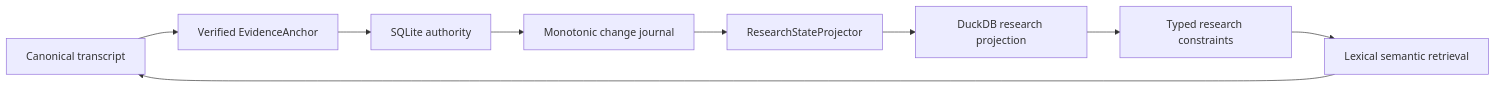
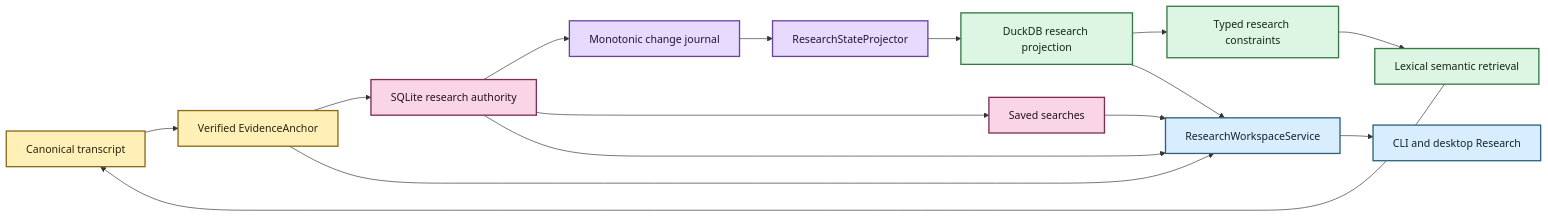
The diagram in docs/architecture/research-state.md (SSD1805/EchoFlow), drawn with Mermaid before and after one commit. The commit also changed other lines of this file, not shown here.

Commit message:
docs: refresh research-state architecture for desktop authority

````diff
--- a/docs/architecture/research-state.md
+++ b/docs/architecture/research-state.md
@@ -17,11 +22,29 @@
 ```mermaid
 flowchart LR
     A[Canonical transcript] --> B[Verified EvidenceAnchor]
-    B --> C[SQLite authority]
+    B --> C[SQLite research authority]
     C --> D[Monotonic change journal]
     D --> E[ResearchStateProjector]
     E --> F[DuckDB research projection]
     F --> G[Typed research constraints]
     G --> H[Lexical semantic retrieval]
     H --> A
+    C --> I[Saved searches]
+    C --> J[ResearchWorkspaceService]
+    B --> J
+    F --> J
+    I --> J
+    J --> K[CLI and desktop Research]
+
+    classDef source fill:#F9D5E5,stroke:#7B2E52,stroke-width:2px,color:#22151B
+    classDef process fill:#E8D9FF,stroke:#68469B,stroke-width:2px,color:#1F1630
+    classDef evidence fill:#FFF0B8,stroke:#8A6B18,stroke-width:2px,color:#2C260F
+    classDef view fill:#DDF5E3,stroke:#347A46,stroke-width:2px,color:#142719
+    classDef inspect fill:#D8EEFF,stroke:#2E617B,stroke-width:2px,color:#12222A
+
+    class A,B evidence
+    class C,I source
+    class D,E process
+    class F,G,H view
+    class J,K inspect
 ```
````
